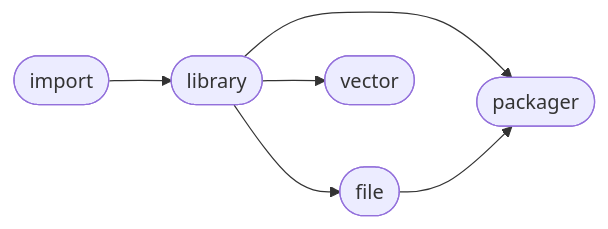
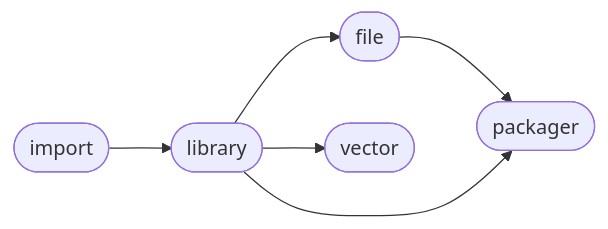
The diagram in README.md (Mandera/Mandera), drawn with Mermaid before and after one commit. The commit also changed other lines of this file, not shown here.

````diff
--- a/README.md
+++ b/README.md
@@ -7,13 +7,13 @@
 ```mermaid
 flowchart LR
+1([library]) --> 3([vector])
+2([file]) --> 4([packager])
 1([library]) --> 4([packager])
+0([import]) --> 1([library])
 1([library]) --> 2([file])
-2([file]) --> 4([packager])
-0([import]) --> 1([library])
-1([library]) --> 3([vector])
 click 0 "https://github.com/ManderaGeneral/generalimport"
 click 1 "https://github.com/ManderaGeneral/generallibrary"
 click 2 "https://github.com/ManderaGeneral/generalfile"
 click 3 "https://github.com/ManderaGeneral/generalvector"
 click 4 "https://github.com/ManderaGeneral/generalpackager"
 ```
````
